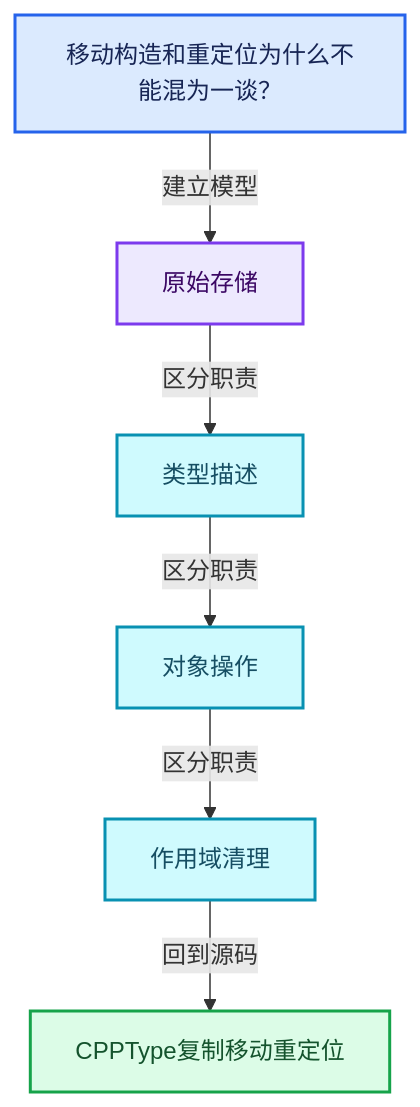
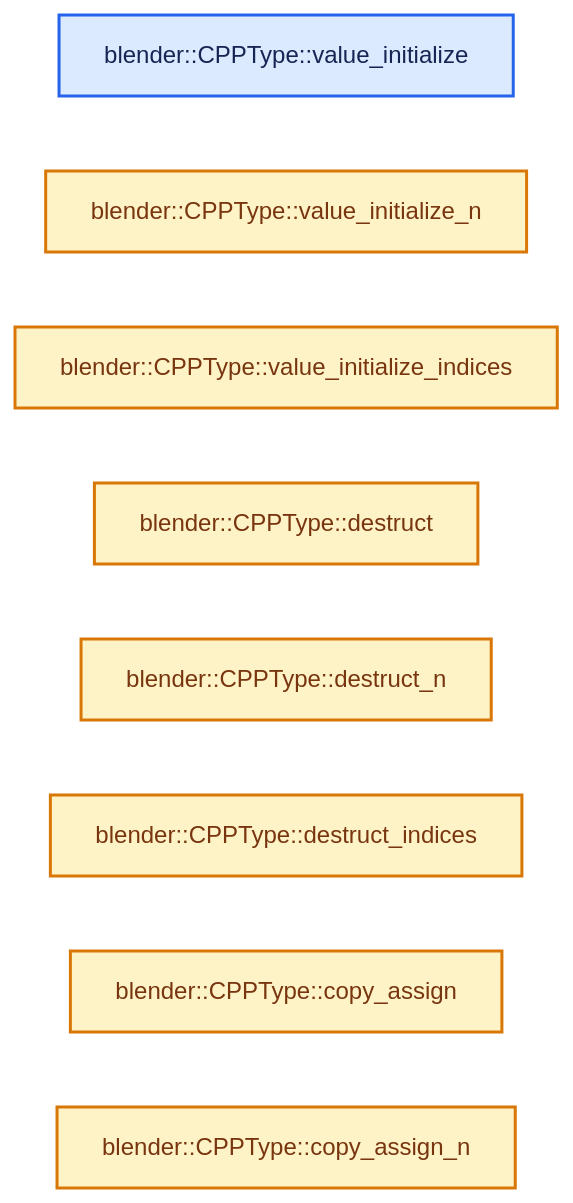
The second of 4 diagrams in 杂/markdown/全面学习-codex/03-内存分配与运行时类型/09-CPPType复制移动重定位.md (yunkezengren/blender-.vscode), drawn with Mermaid before and after one commit. The commit also changed other lines of this file and 1930 other files, not shown here.

````diff
--- a/杂/markdown/全面学习-codex/03-内存分配与运行时类型/09-CPPType复制移动重定位.md
+++ b/杂/markdown/全面学习-codex/03-内存分配与运行时类型/09-CPPType复制移动重定位.md
@@ -60,20 +46,17 @@
 ```mermaid
-flowchart TB
-  Q["移动构造和重定位为什么不能混为一谈？"]:::input
-  C0["原始存储"]:::abstraction
-  C1["类型描述"]:::data
-  C2["对象操作"]:::data
-  C3["作用域清理"]:::data
-  R["CPPType复制移动重定位"]:::result
-  Q -->|"建立模型"| C0
-  C0 -->|"区分职责"| C1
-  C1 -->|"区分职责"| C2
-  C2 -->|"区分职责"| C3
-  C3 -->|"回到源码"| R
+flowchart LR
+  F0["blender::CPPType::value_initialize"]:::input
+  F1["blender::CPPType::value_initialize_n"]:::compute
+  F2["blender::CPPType::value_initialize_indices"]:::compute
+  F3["blender::CPPType::destruct"]:::compute
+  F4["blender::CPPType::destruct_n"]:::compute
+  F5["blender::CPPType::destruct_indices"]:::compute
+  F6["blender::CPPType::copy_assign"]:::compute
+  F7["blender::CPPType::copy_assign_n"]:::compute
   classDef input fill:#DBEAFE,stroke:#2563EB,color:#172554,stroke-width:2px;
   classDef data fill:#CFFAFE,stroke:#0891B2,color:#164E63,stroke-width:2px;
   classDef abstraction fill:#EDE9FE,stroke:#7C3AED,color:#3B0764,stroke-width:2px;
   classDef compute fill:#FEF3C7,stroke:#D97706,color:#78350F,stroke-width:2px;
   classDef result fill:#DCFCE7,stroke:#16A34A,color:#14532D,stroke-width:2px;
   classDef error fill:#FEE2E2,stroke:#DC2626,color:#7F1D1D,stroke-width:2px;
 ```
````
